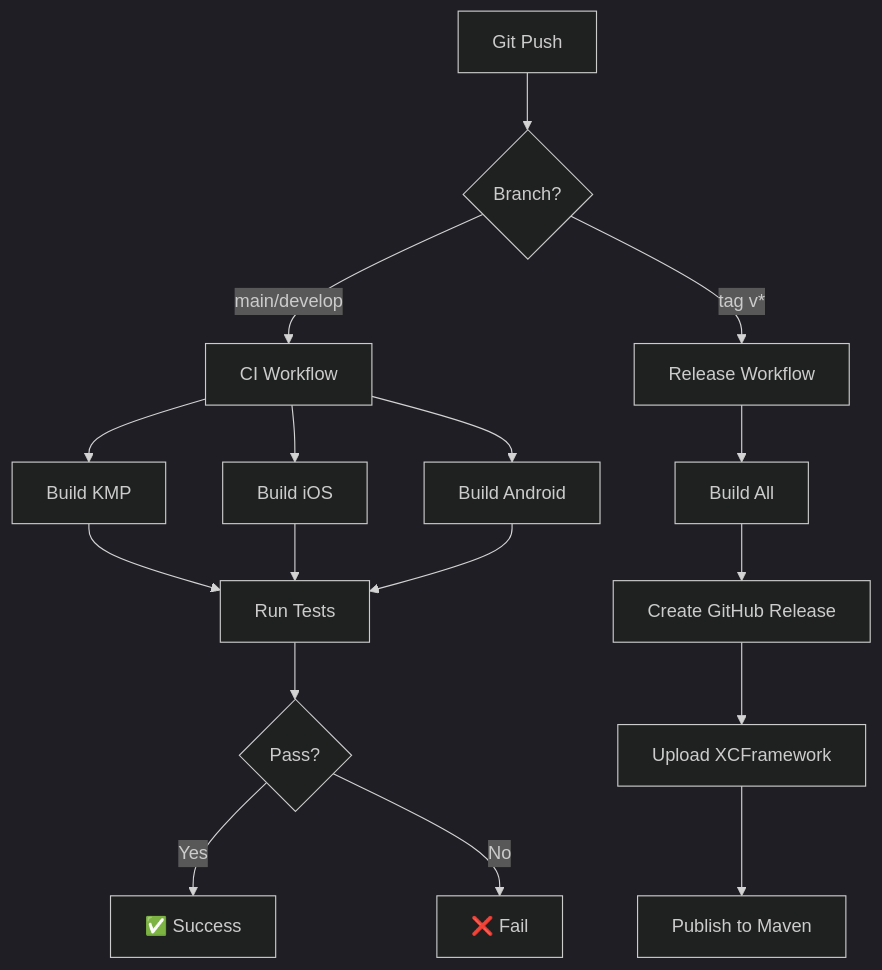
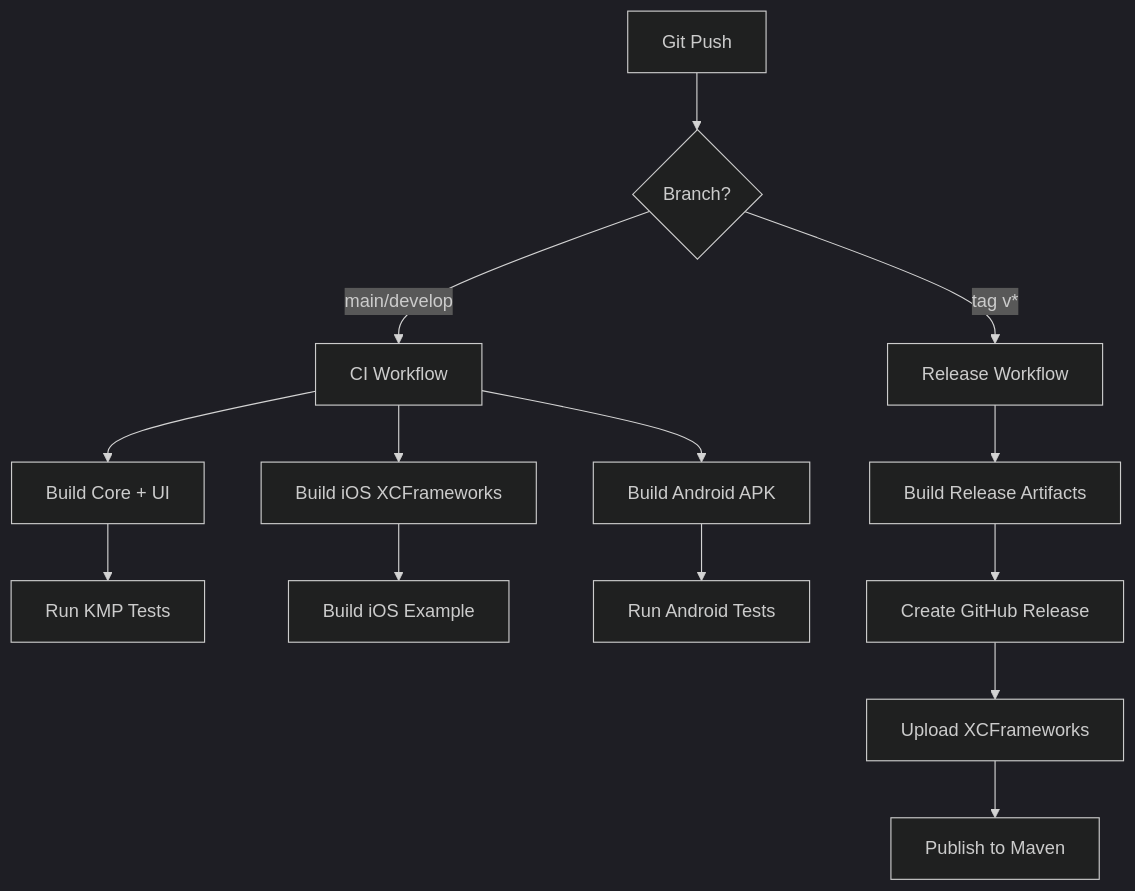
Before and after one commit to snooky23/spectra: the diagram in docs/design/ARCHITECTURE.md, drawn with Mermaid (dark theme). The commit also changed other lines of this file and 13 other files, not shown here.

Commit message:
refactor: use official KMP XCFramework packaging and clean up deprecated modules/docs

````diff
--- a/docs/design/ARCHITECTURE.md
+++ b/docs/design/ARCHITECTURE.md
@@ -271,21 +138,18 @@
 ```mermaid
 graph TD
     A[Git Push] --> B{Branch?}
     B -->|main/develop| C[CI Workflow]
     B -->|tag v*| D[Release Workflow]
 
-    C --> E[Build KMP]
-    C --> F[Build iOS]
-    C --> G[Build Android]
-    E --> H[Run Tests]
-    F --> H
-    G --> H
-    H --> I{Pass?}
-    I -->|Yes| J[✅ Success]
-    I -->|No| K[❌ Fail]
+    C --> E[Build Core + UI]
+    C --> F[Build iOS XCFrameworks]
+    C --> G[Build Android APK]
+    E --> H[Run KMP Tests]
+    F --> I[Build iOS Example]
+    G --> J[Run Android Tests]
 
-    D --> L[Build All]
+    D --> L[Build Release Artifacts]
     L --> M[Create GitHub Release]
-    M --> N[Upload XCFramework]
+    M --> N[Upload XCFrameworks]
     N --> O[Publish to Maven]
 ```
````
